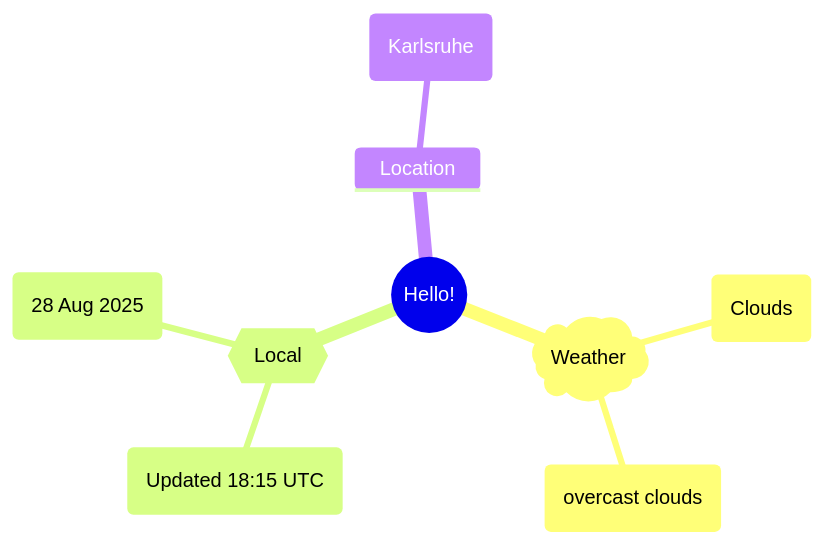
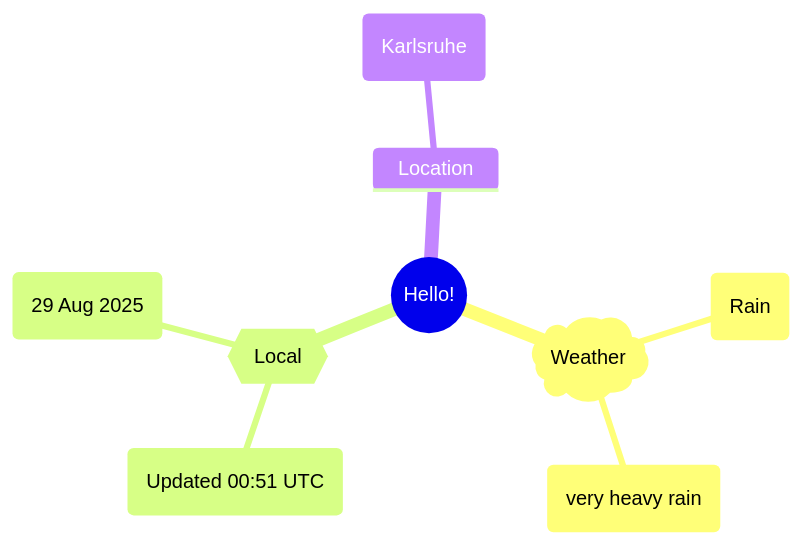
The first of 2 diagrams in README.md (Xosrov/Xosrov), drawn with Mermaid before and after one commit.

Commit message:
[bot] updated images

````diff
--- a/README.md
+++ b/README.md
@@ -3,12 +3,12 @@
 ```mermaid
 mindmap
   root((Hello!))
     )Weather(
-        (Clouds)
-        (overcast clouds)
+        (Rain)
+        (very heavy rain)
     {{Local}}
-        (Updated 18:15 UTC)
-        (28 Aug 2025)
+        (Updated 00:51 UTC)
+        (29 Aug 2025)
     Location
         (Karlsruhe)
 ```
````
